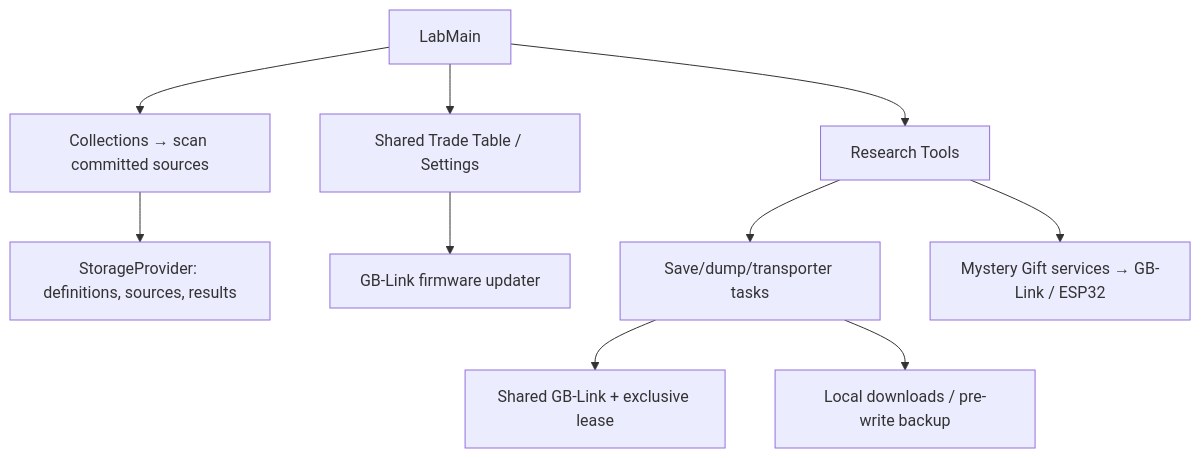
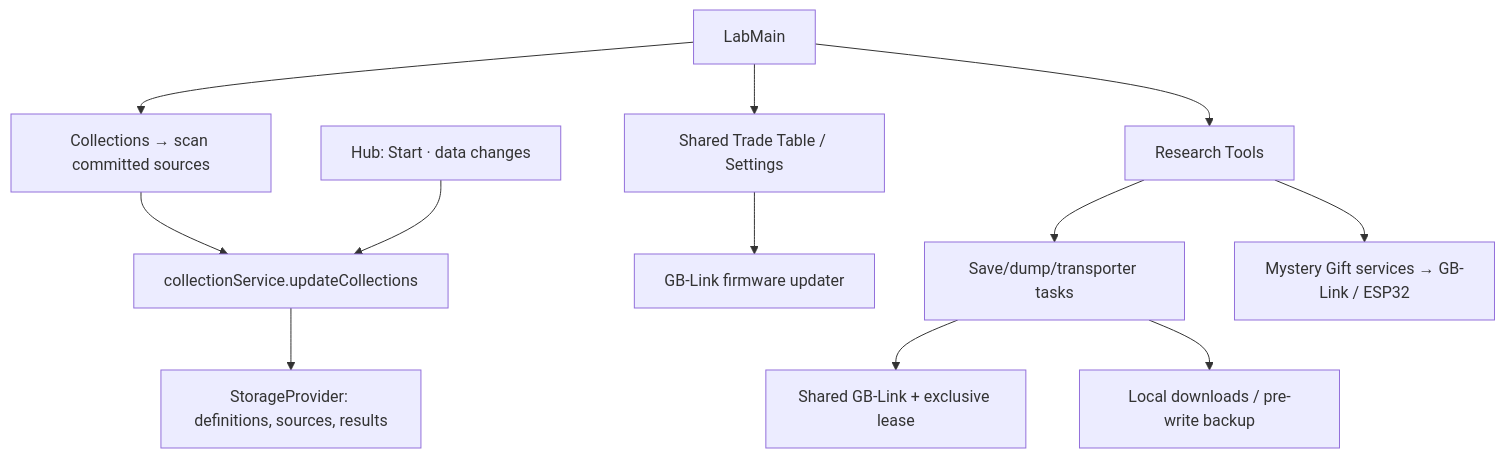
Before and after one commit to MercuryEnigma/pkcamp: the diagram in src/pages/pokestorage/lab/ARCHITECTURE.md, drawn with Mermaid. The commit also changed other lines of this file and 46 other files, not shown here.

````diff
--- a/src/pages/pokestorage/lab/ARCHITECTURE.md
+++ b/src/pages/pokestorage/lab/ARCHITECTURE.md
@@ -18,12 +24,14 @@
 ```mermaid
 flowchart TB
   Lab["LabMain"] --> Collections["Collections → scan committed sources"]
-  Collections --> Storage["StorageProvider: definitions, sources, results"]
+  Collections --> Service["collectionService.updateCollections"]
+  Hub["Hub: Start · data changes"] --> Service
+  Service --> Storage["StorageProvider: definitions, sources, results"]
   Lab --> Shared["Shared Trade Table / Settings"]
   Shared --> Firmware["GB-Link firmware updater"]
   Lab --> Tools["Research Tools"]
   Tools --> Tasks["Save/dump/transporter tasks"]
   Tasks --> Device["Shared GB-Link + exclusive lease"]
   Tasks --> Local["Local downloads / pre-write backup"]
   Tools --> Gifts["Mystery Gift services → GB-Link / ESP32"]
 ```
````
